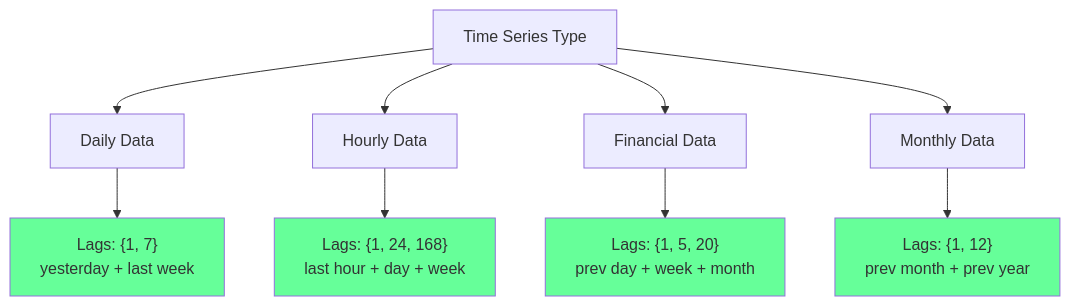
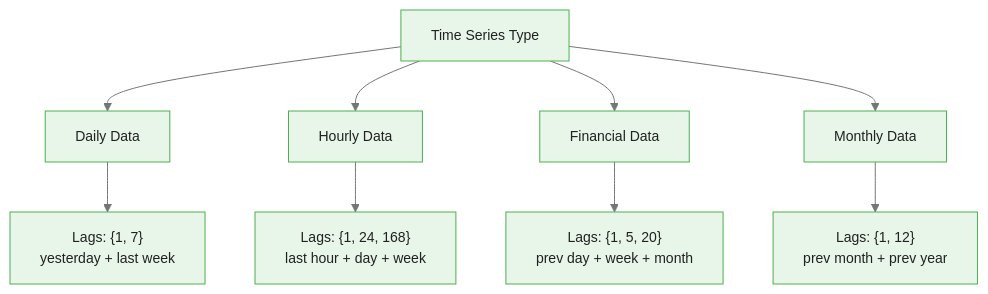
The first of 2 diagrams in courses/genetic-algorithms-feature-selection/modules/module_03_time_series/guides/02_lag_features_slides.md (m-deane/course-creator), drawn with Mermaid before and after one commit. The commit also changed other lines of this file and 52 other files, not shown here.

````diff
--- a/courses/genetic-algorithms-feature-selection/modules/module_03_time_series/guides/02_lag_features_slides.md
+++ b/courses/genetic-algorithms-feature-selection/modules/module_03_time_series/guides/02_lag_features_slides.md
@@ -96,15 +96,12 @@
 ```mermaid
+%%{init: {"theme": "base", "themeVariables": {"primaryColor": "#e8f5e9", "primaryBorderColor": "#4caf50", "primaryTextColor": "#212121", "secondaryColor": "#e3f2fd", "tertiaryColor": "#fff8e1", "lineColor": "#757575", "fontFamily": "Inter, sans-serif", "fontSize": "14px"}}}%%
 flowchart TD
     A[Time Series Type] --> B["Daily Data"]
     A --> C["Hourly Data"]
     A --> D["Financial Data"]
     A --> E["Monthly Data"]
     B --> B1["Lags: {1, 7}<br/>yesterday + last week"]
     C --> C1["Lags: {1, 24, 168}<br/>last hour + day + week"]
     D --> D1["Lags: {1, 5, 20}<br/>prev day + week + month"]
     E --> E1["Lags: {1, 12}<br/>prev month + prev year"]
-    style B1 fill:#6f9
-    style C1 fill:#6f9
-    style D1 fill:#6f9
-    style E1 fill:#6f9
 ```
````
